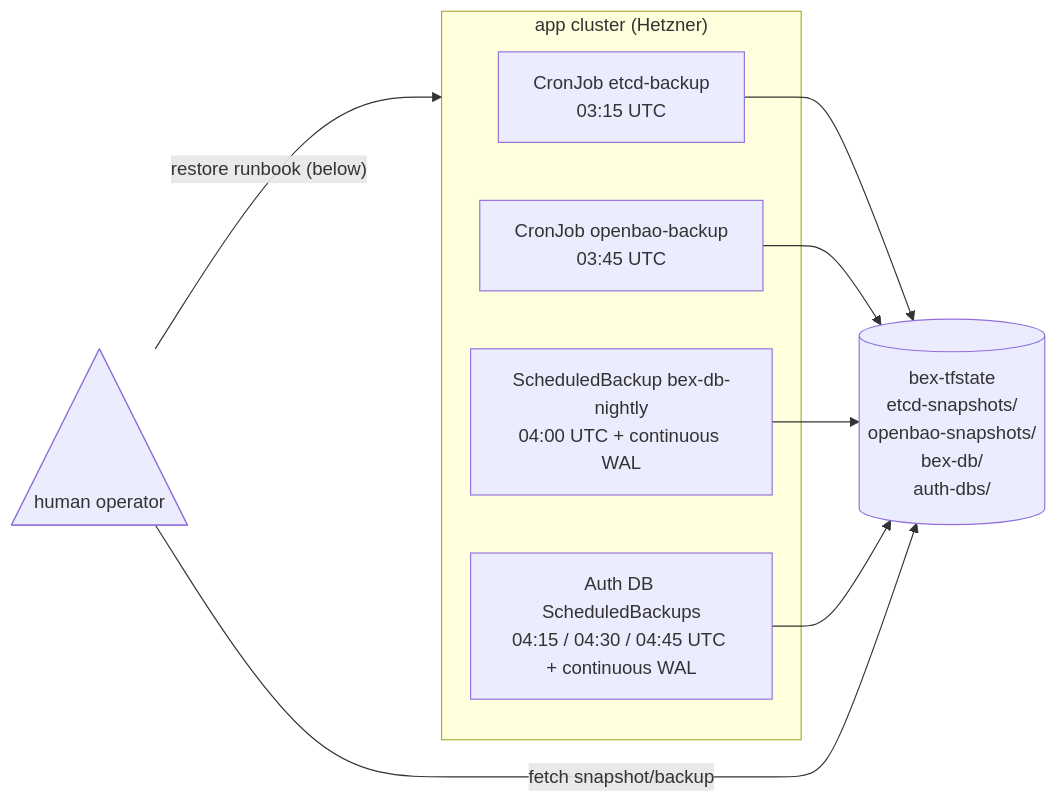
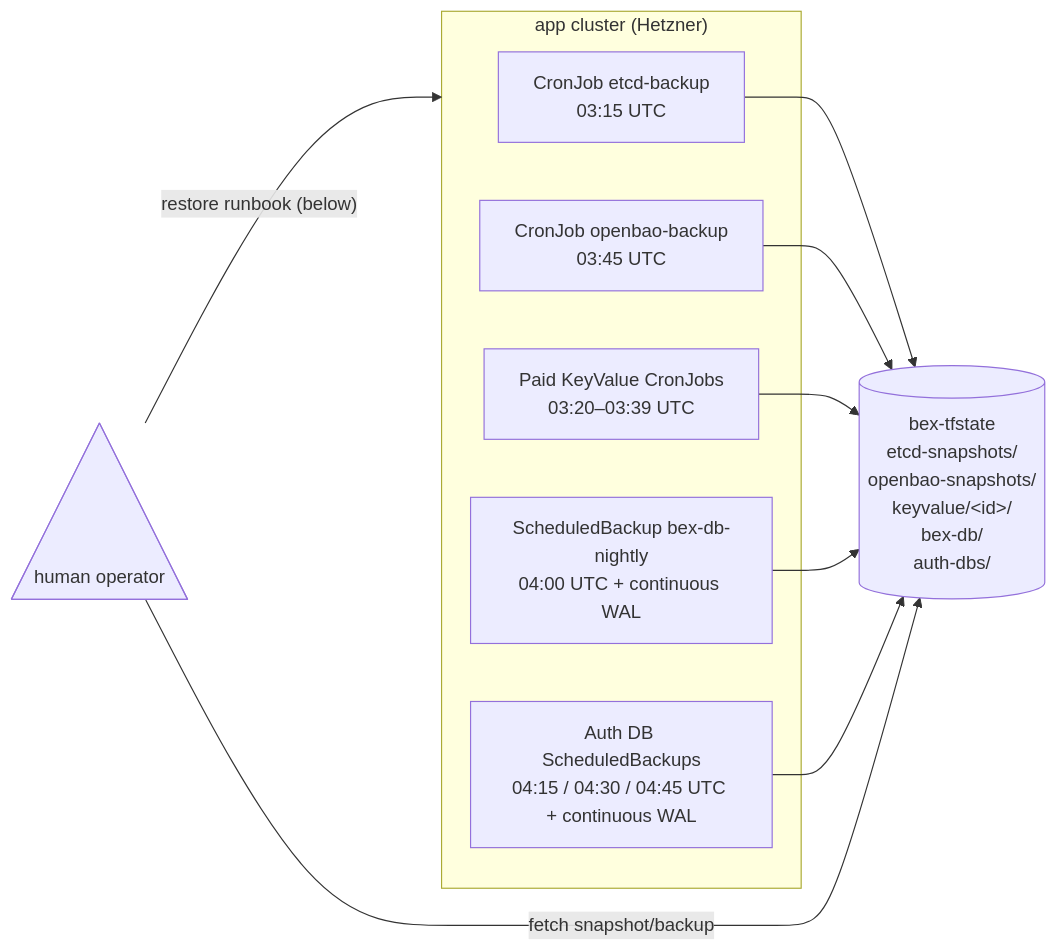
Before and after one commit to cuckoo-network/cuckoo: the diagram in docs/ADR031-platform-data-backup.md, drawn with Mermaid. The commit also changed other lines of this file and 12 other files, not shown here.

Commit message:
docs(pm): close KeyValue backup milestone

````diff
--- a/docs/ADR031-platform-data-backup.md
+++ b/docs/ADR031-platform-data-backup.md
@@ -34,17 +35,19 @@
 ```mermaid
 graph LR
   subgraph cluster["app cluster (Hetzner)"]
     etcd-cron["CronJob etcd-backup<br/>03:15 UTC"]
     bao-cron["CronJob openbao-backup<br/>03:45 UTC"]
+    kv-cron["Paid KeyValue CronJobs<br/>03:20–03:39 UTC"]
     cnpg-sched["ScheduledBackup bex-db-nightly<br/>04:00 UTC + continuous WAL"]
     auth-sched["Auth DB ScheduledBackups<br/>04:15 / 04:30 / 04:45 UTC + continuous WAL"]
   end
-  bucket[("bex-tfstate<br/>etcd-snapshots/<br/>openbao-snapshots/<br/>bex-db/<br/>auth-dbs/")]
+  bucket[("bex-tfstate<br/>etcd-snapshots/<br/>openbao-snapshots/<br/>keyvalue/&lt;id&gt;/<br/>bex-db/<br/>auth-dbs/")]
   etcd-cron --> bucket
   bao-cron --> bucket
+  kv-cron --> bucket
   cnpg-sched --> bucket
   auth-sched --> bucket
   op@{ shape: tri, label: "human operator" }
   op -->|"restore runbook (below)"| cluster
   op -->|"fetch snapshot/backup"| bucket
 ```
````
